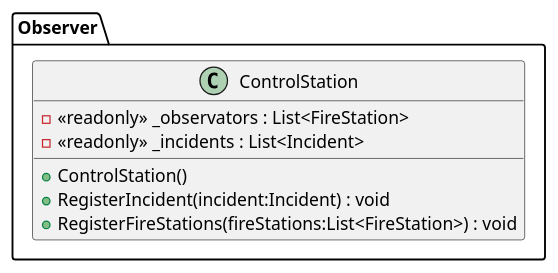
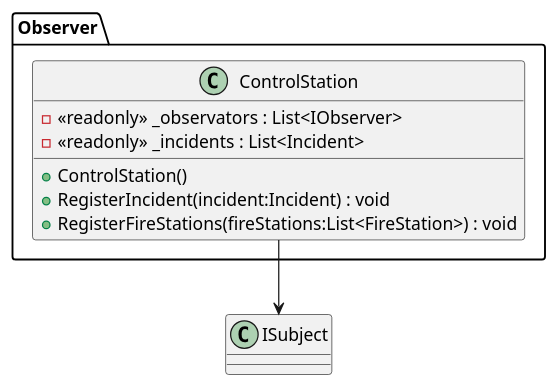
The diagram in TO_Lab_5/puml-classes/ControlStation.puml (john-bartu/cut-oot), drawn with PlantUML before and after one commit. The commit also changed 11 other files, not shown here.

Commit message:
Observer UML

```diff
--- a/TO_Lab_5/puml-classes/ControlStation.puml
+++ b/TO_Lab_5/puml-classes/ControlStation.puml
@@ -1,12 +1,14 @@
 @startuml
 
 package Observer{
-class ControlStation {
-    - <<readonly>> _observators : List<FireStation>
-    - <<readonly>> _incidents : List<Incident>
-    + ControlStation()
-    + RegisterIncident(incident:Incident) : void
-    + RegisterFireStations(fireStations:List<FireStation>) : void
+    class ControlStation {
+        - <<readonly>> _observators : List<IObserver>
+        - <<readonly>> _incidents : List<Incident>
+        + ControlStation()
+        + RegisterIncident(incident:Incident) : void
+        + RegisterFireStations(fireStations:List<FireStation>) : void
+    }
 }
-}
+
+ControlStation --> ISubject
 @enduml
```
